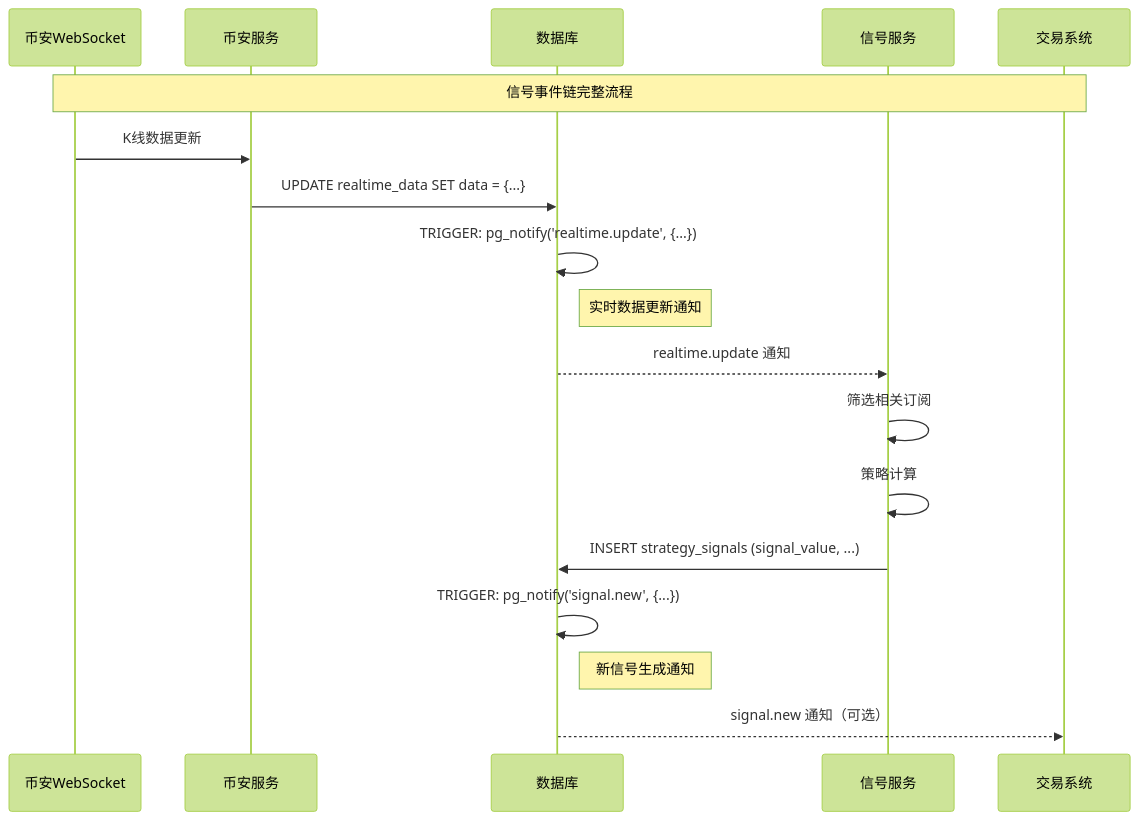
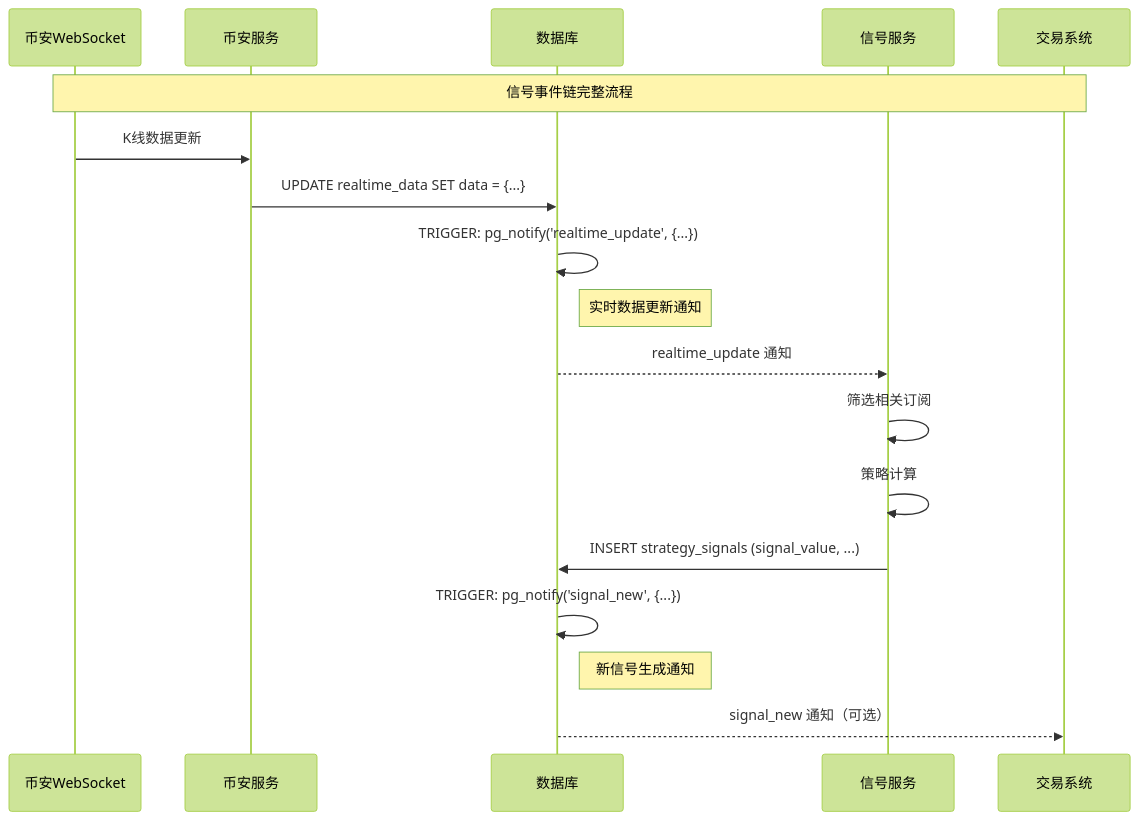
The fourth of 4 diagrams in docs/backend/design/05-signal-service.md (mj2154/quant-trading-system-2602), drawn with Mermaid (forest theme) before and after one commit. The commit also changed other lines of this file and 32 other files, not shown here.

````diff
--- a/docs/backend/design/05-signal-service.md
+++ b/docs/backend/design/05-signal-service.md
@@ -578,27 +578,27 @@
 ```mermaid
 sequenceDiagram
     participant WS as 币安WebSocket
     participant BN as 币安服务
     participant DB as 数据库
     participant Sig as 信号服务
     participant Trade as 交易系统
 
     Note over WS, Trade: 信号事件链完整流程
 
     %% 数据推送阶段
     WS->>BN: K线数据更新
     BN->>DB: UPDATE realtime_data SET data = {...}
-    DB->>DB: TRIGGER: pg_notify('realtime.update', {...})
+    DB->>DB: TRIGGER: pg_notify('realtime_update', {...})
 
     Note right of DB: 实时数据更新通知
-    DB-->>Sig: realtime.update 通知
+    DB-->>Sig: realtime_update 通知
     Sig->>Sig: 筛选相关订阅
     Sig->>Sig: 策略计算
 
     %% 信号生成阶段
     Sig->>DB: INSERT strategy_signals (signal_value, ...)
-    DB->>DB: TRIGGER: pg_notify('signal.new', {...})
+    DB->>DB: TRIGGER: pg_notify('signal_new', {...})
 
     Note right of DB: 新信号生成通知
-    DB-->>Trade: signal.new 通知（可选）
+    DB-->>Trade: signal_new 通知（可选）
 ```
````
